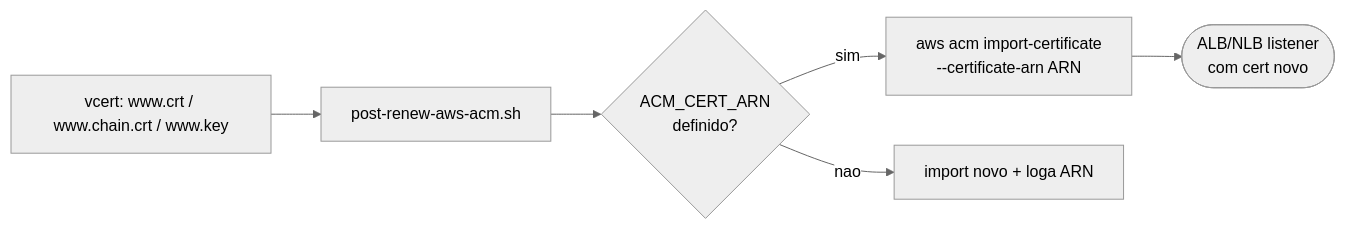
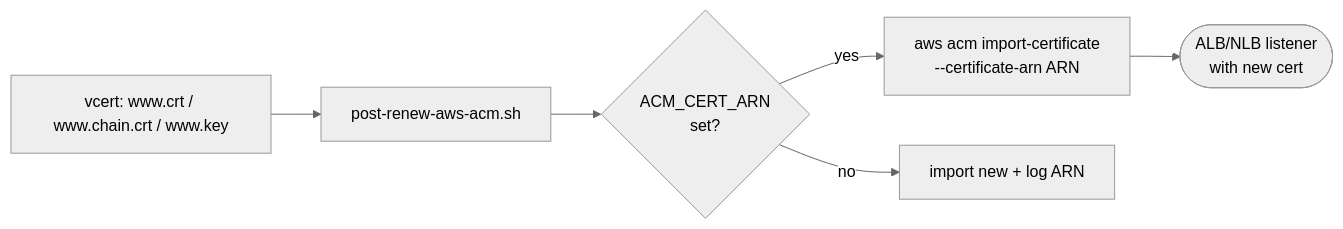
One commit to aslancarlos/vcert-examples changed the ninth of 10 diagrams in docs/architecture.md. Above: the diagram before and after it, drawn with Mermaid (neutral theme). The commit also changed other lines of this file and 35 other files, not shown here.

````diff
--- a/docs/architecture.md
+++ b/docs/architecture.md
@@ -117,8 +117,8 @@
 ```mermaid
 flowchart LR
     V[vcert: www.crt / www.chain.crt / www.key] --> S[post-renew-aws-acm.sh]
-    S --> Q{ACM_CERT_ARN<br/>definido?}
-    Q -- sim --> R[aws acm import-certificate<br/>--certificate-arn ARN]
-    Q -- nao --> N[import novo + loga ARN]
-    R --> LB([ALB/NLB listener<br/>com cert novo])
+    S --> Q{ACM_CERT_ARN<br/>set?}
+    Q -- yes --> R[aws acm import-certificate<br/>--certificate-arn ARN]
+    Q -- no --> N[import new + log ARN]
+    R --> LB([ALB/NLB listener<br/>with new cert])
 ```
````
